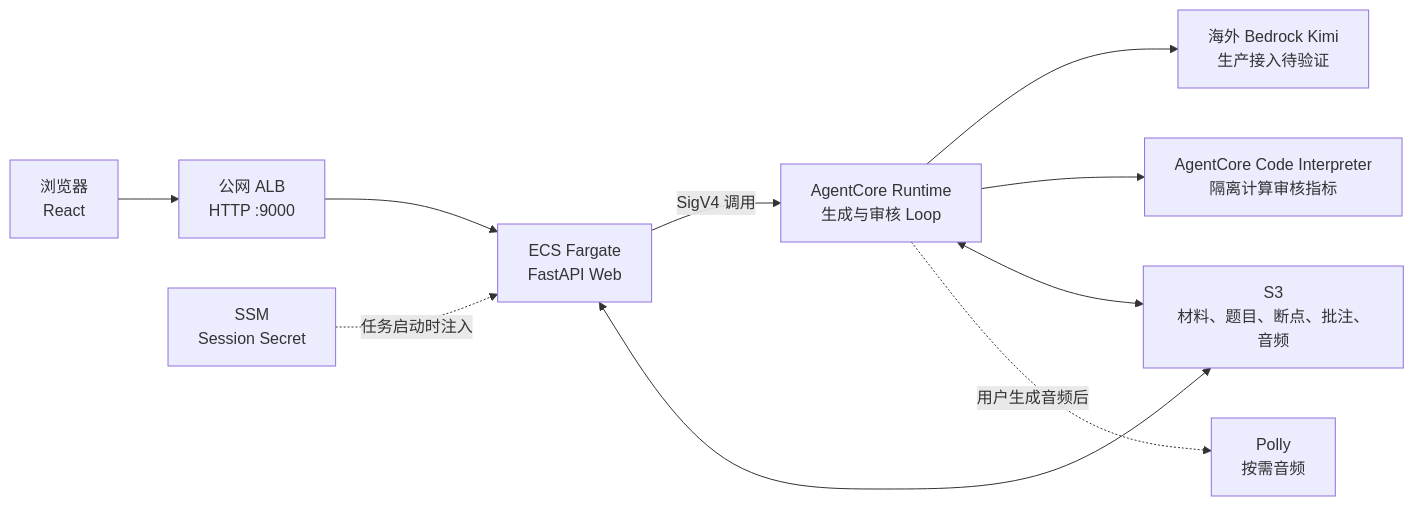
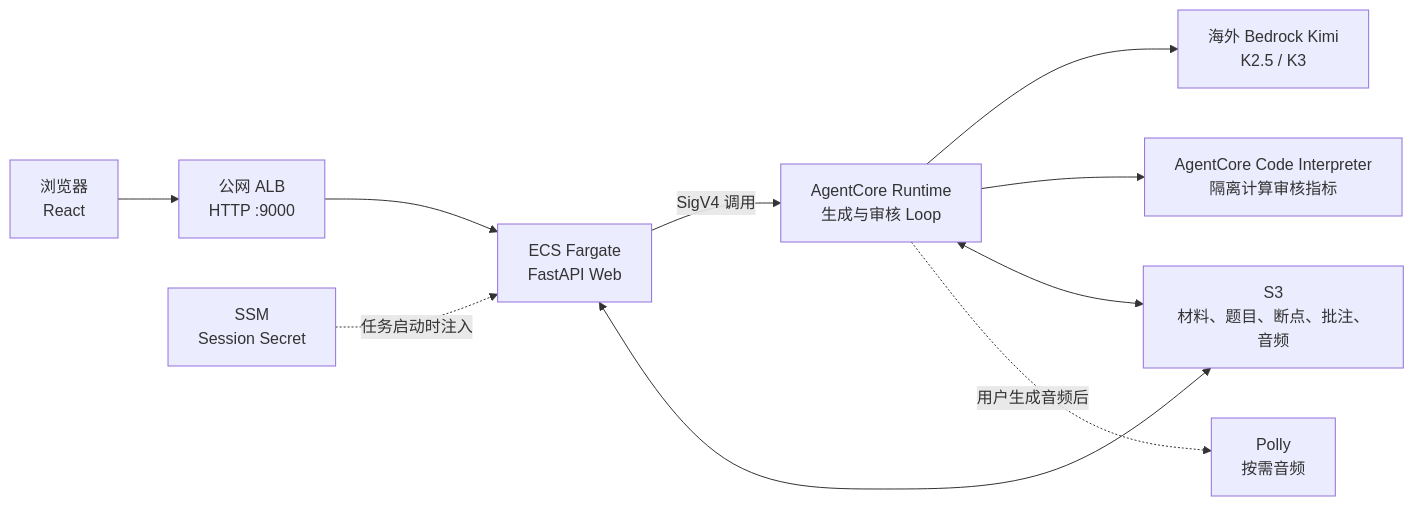
One commit to wanglingxiao123/ielts-part1-generator changed the first of 2 diagrams in README.md. Above: the diagram before and after it, drawn with Mermaid. The commit also changed other lines of this file and 10 other files, not shown here.

````diff
--- a/README.md
+++ b/README.md
@@ -158,21 +154,21 @@
 ```mermaid
 flowchart LR
     U["浏览器<br/>React"]
     ALB["公网 ALB<br/>HTTP :9000"]
     WEB["ECS Fargate<br/>FastAPI Web"]
     RT["AgentCore Runtime<br/>生成与审核 Loop"]
     CI["AgentCore Code Interpreter<br/>隔离计算审核指标"]
-    MODEL["海外 Bedrock Kimi<br/>生产接入待验证"]
+    MODEL["海外 Bedrock Kimi<br/>K2.5 / K3"]
     S3["S3<br/>材料、题目、断点、批注、音频"]
     SSM["SSM<br/>Session Secret"]
     POLLY["Polly<br/>按需音频"]
 
     U --> ALB --> WEB
     WEB -->|"SigV4 调用"| RT
     WEB <--> S3
     SSM -. "任务启动时注入" .-> WEB
     RT --> MODEL
     RT --> CI
     RT <--> S3
     RT -. "用户生成音频后" .-> POLLY
 ```
````
